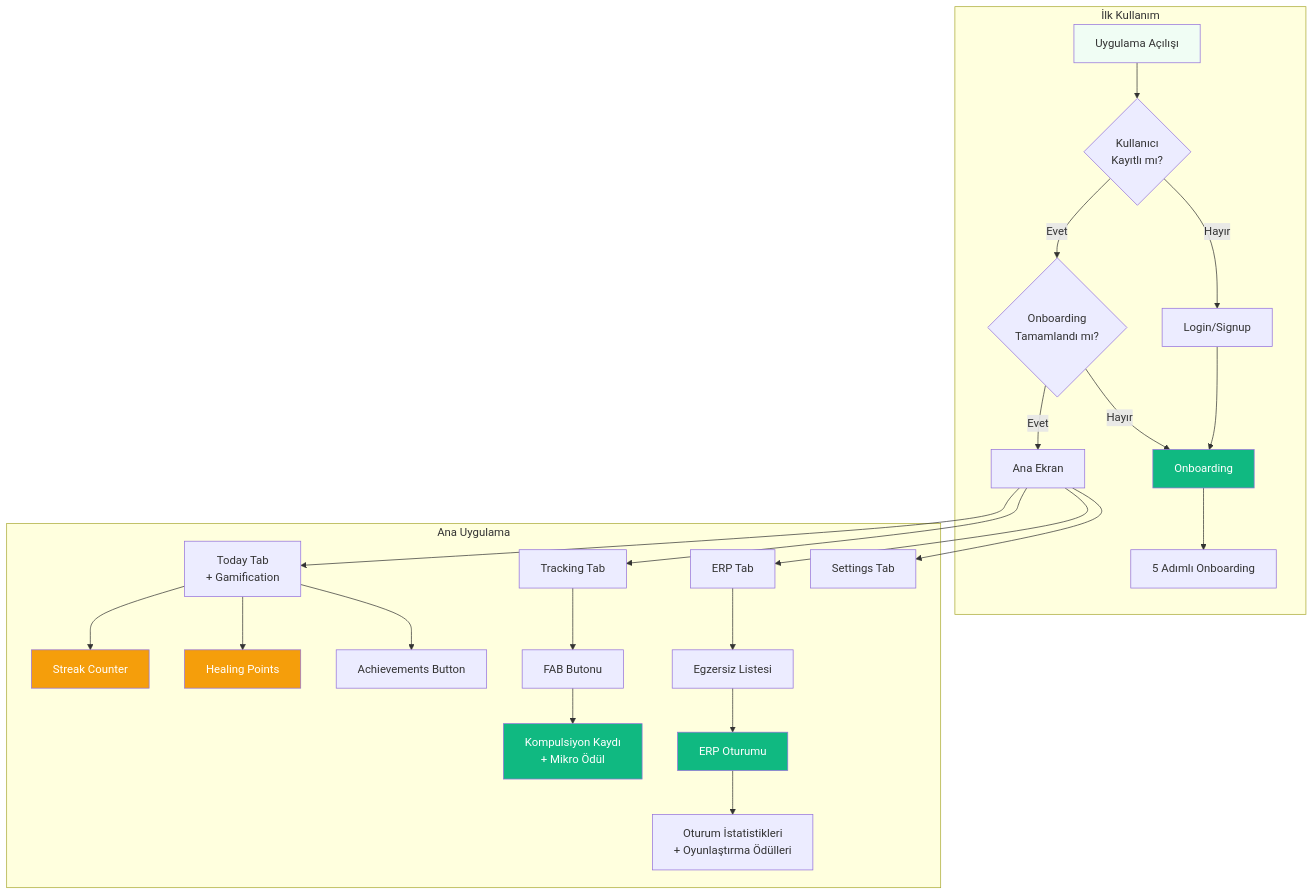
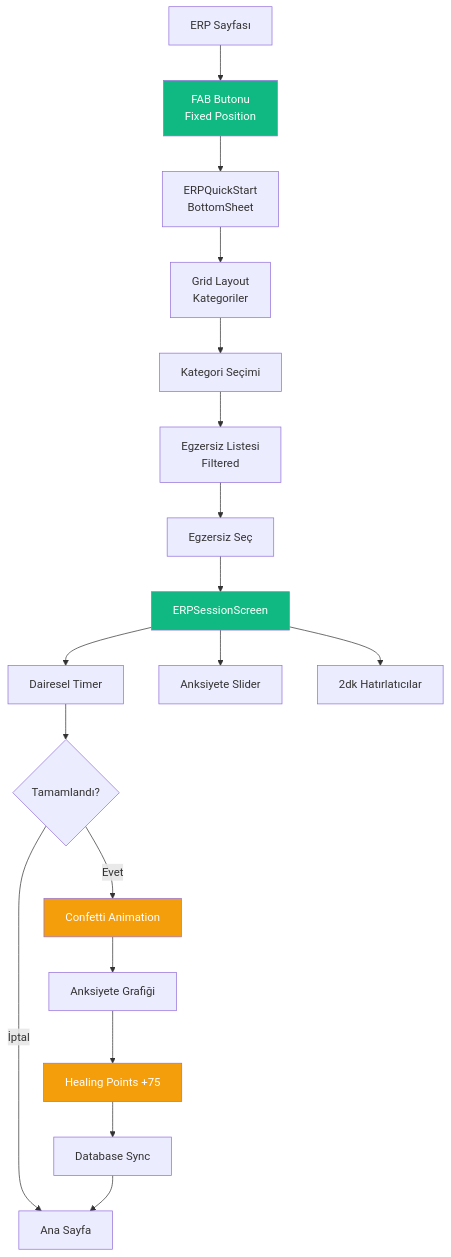
The third of 3 diagrams in docs/obsessless-flow.md (adilyoltay/obsessless-mobile-app), drawn with Mermaid before and after one commit. The commit also changed other lines of this file and 1 other file, not shown here.

````diff
--- a/docs/obsessless-flow.md
+++ b/docs/obsessless-flow.md
@@ -799,37 +439,29 @@
 ```mermaid
-graph TB
-    subgraph "İlk Kullanım"
-        A[Uygulama Açılışı] --> B{Kullanıcı<br/>Kayıtlı mı?}
-        B -->|Hayır| C[Login/Signup]
-        C --> D[Onboarding]
-        B -->|Evet| E{Onboarding<br/>Tamamlandı mı?}
-        E -->|Hayır| D
-        E -->|Evet| F[Ana Ekran]
-        D --> G[5 Adımlı Onboarding]
-    end
+flowchart TD
+    A[ERP Sayfası] --> B[FAB Butonu<br/>Fixed Position]
+    B --> C[ERPQuickStart<br/>BottomSheet]
     
-    subgraph "Ana Uygulama"
-        F --> H[Today Tab<br/>+ Gamification]
-        F --> I[Tracking Tab]
-        F --> J[ERP Tab]
-        F --> K[Settings Tab]
-        
-        H --> L[Streak Counter]
-        H --> M[Healing Points]
-        H --> N[Achievements Button]
-        
-        I --> O[FAB Butonu]
-        O --> P[Kompulsiyon Kaydı<br/>+ Mikro Ödül]
-        
-        J --> Q[Egzersiz Listesi]
-        Q --> R[ERP Oturumu]
-        R --> S[Oturum İstatistikleri<br/>+ Oyunlaştırma Ödülleri]
-    end
+    C --> D[Grid Layout<br/>Kategoriler]
+    D --> E[Kategori Seçimi]
+    E --> F[Egzersiz Listesi<br/>Filtered]
+    F --> G[Egzersiz Seç]
     
-    style A fill:#F0FDF4
-    style D fill:#10B981,color:#fff
-    style P fill:#10B981,color:#fff
-    style R fill:#10B981,color:#fff
-    style L fill:#F59E0B,color:#fff
+    G --> H[ERPSessionScreen]
+    H --> I[Dairesel Timer]
+    H --> J[Anksiyete Slider]
+    H --> K[2dk Hatırlatıcılar]
+    
+    I --> L{Tamamlandı?}
+    L -->|Evet| M[Confetti Animation]
+    L -->|İptal| N[Ana Sayfa]
+    
+    M --> O[Anksiyete Grafiği]
+    O --> P[Healing Points +75]
+    P --> Q[Database Sync]
+    Q --> N
+    
+    style B fill:#10B981,color:#fff
+    style H fill:#10B981,color:#fff
     style M fill:#F59E0B,color:#fff
+    style P fill:#F59E0B,color:#fff
 ```
````
